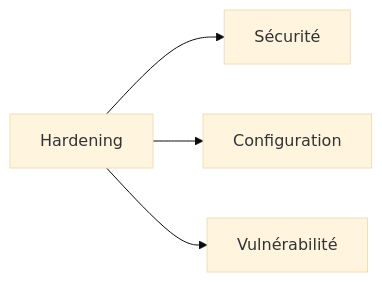
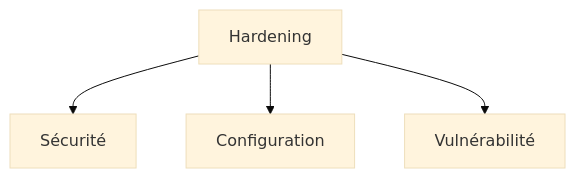
Before and after one commit to zyrass/omnydocs: diagram 15 of 44 in docs/glossaire/administration-systeme.md, drawn with Mermaid (base theme). The commit also changed other lines of this file and 1780 other files, not shown here.

````diff
--- a/docs/glossaire/administration-systeme.md
+++ b/docs/glossaire/administration-systeme.md
@@ -306,6 +368,6 @@
-    ```mermaid
-    graph LR
-        A[Hardening] --> B[Sécurité]
-        A --> C[Configuration]
-        A --> D[Vulnérabilité]
-    ```
+```mermaid
+graph TB
+    A[Hardening] --> B[Sécurité]
+    A --> C[Configuration]
+    A --> D[Vulnérabilité]
+```
````
